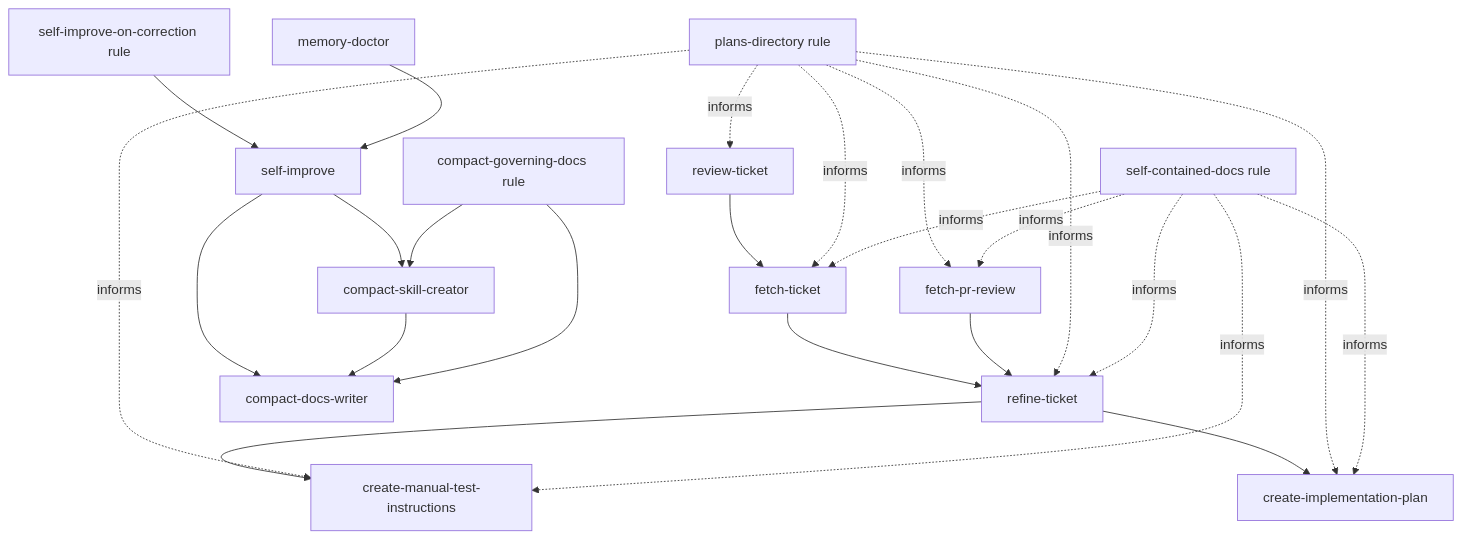
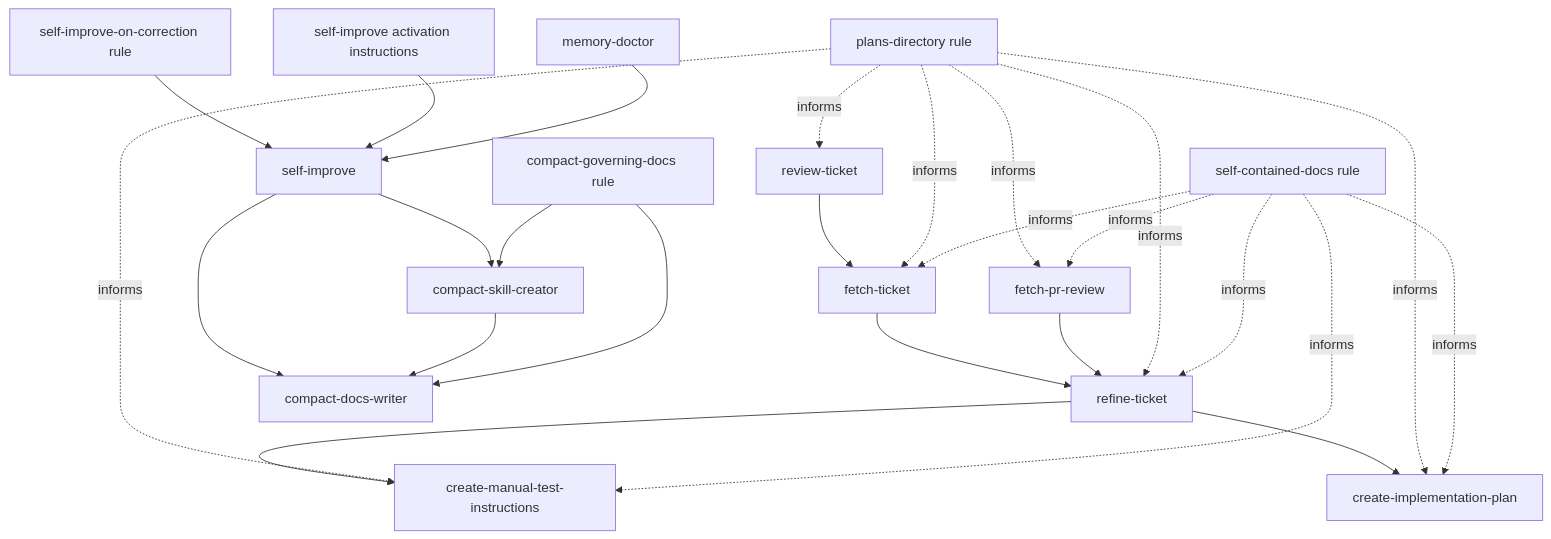
One commit to eai-org/agent-toolkit changed the diagram in README.md. Above: the diagram before and after it, drawn with Mermaid. The commit also changed other lines of this file and 5 other files, not shown here.

Commit message:
feat: add cross-harness self-improve activation

````diff
--- a/README.md
+++ b/README.md
@@ -212,29 +219,30 @@
 ```mermaid
 flowchart TD
   fetch_ticket["fetch-ticket"] --> refine["refine-ticket"]
   fetch_pr["fetch-pr-review"] --> refine
   review_ticket["review-ticket"] --> fetch_ticket
   refine --> manual["create-manual-test-instructions"]
   refine --> plan["create-implementation-plan"]
 
   self_rule["self-improve-on-correction rule"] --> self["self-improve"]
+  self_instructions["self-improve activation instructions"] --> self
   self --> compact["compact-skill-creator"]
   self --> compact_docs["compact-docs-writer"]
   compact --> compact_docs
   memory_doctor["memory-doctor"] --> self
   compact_gov["compact-governing-docs rule"] --> compact
   compact_gov --> compact_docs
 
   plans_rule["plans-directory rule"] -. informs .-> fetch_ticket
   plans_rule -. informs .-> fetch_pr
   plans_rule -. informs .-> refine
   plans_rule -. informs .-> manual
   plans_rule -. informs .-> plan
   plans_rule -. informs .-> review_ticket
 
   docs_rule["self-contained-docs rule"] -. informs .-> fetch_ticket
   docs_rule -. informs .-> fetch_pr
   docs_rule -. informs .-> refine
   docs_rule -. informs .-> manual
   docs_rule -. informs .-> plan
 ```
````
